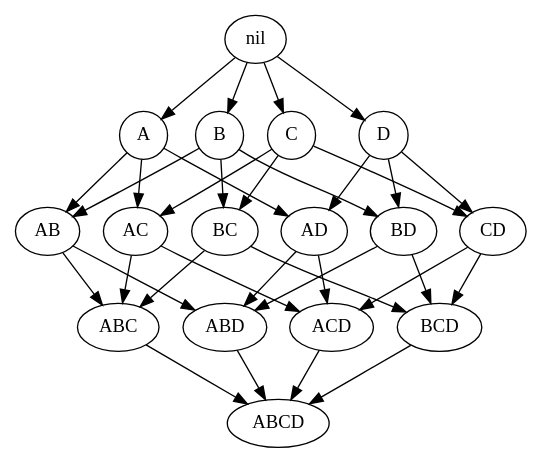
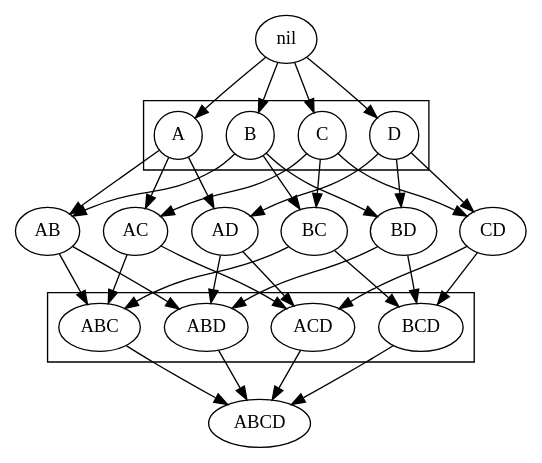
The diagram in documentation/phdthesis/gfx/example_conjunctive_version_space.dot (bunuelo/funk2), drawn with Graphviz before and after one commit. The commit also changed 10 other files, not shown here.

```diff
--- a/documentation/phdthesis/gfx/example_conjunctive_version_space.dot
+++ b/documentation/phdthesis/gfx/example_conjunctive_version_space.dot
@@ -1,56 +1,62 @@
 digraph G {
 
   node [fillcolor = white, color = "#000000", style = filled, width=0.5, height=0.5];
   edge [color = "#000000"];
         
   nil [texlbl = "\emph{True}"];
-  A [texlbl = "$A$"];
-  B [texlbl = "$B$"];
-  C [texlbl = "$C$"];
-  D [texlbl = "$D$"];
+  subgraph cluster_1 {
+    //label = "Specific Boundary Set";
+    A [texlbl = "$A$"];
+    B [texlbl = "$B$"];
+    C [texlbl = "$C$"];
+    D [texlbl = "$D$"];
+  }
   AB [texlbl = "$A \wedge B$"];
   AC [texlbl = "$A \wedge C$"];
   AD [texlbl = "$A \wedge D$"];
   BC [texlbl = "$B \wedge C$"];
   BD [texlbl = "$B \wedge D$"];
   CD [texlbl = "$C \wedge D$"];
-  ABC [texlbl = "$A \wedge B \wedge C$"];
-  ABD [texlbl = "$A \wedge B \wedge D$"];
-  ACD [texlbl = "$A \wedge C \wedge D$"];
-  BCD [texlbl = "$B \wedge C \wedge D$"];
+  subgraph cluster_2 {
+    //label = "General Boundary Set";
+    ABC [texlbl = "$A \wedge B \wedge C$"];
+    ABD [texlbl = "$A \wedge B \wedge D$"];
+    ACD [texlbl = "$A \wedge C \wedge D$"];
+    BCD [texlbl = "$B \wedge C \wedge D$"];
+  }
   ABCD [texlbl = "$A \wedge B \wedge C \wedge D$"];
   
   nil -> A [style="-triangle 45"];
   nil -> B [style="-triangle 45"];
   nil -> C [style="-triangle 45"];
   nil -> D [style="-triangle 45"];
   A -> AB [style="-triangle 45"];
   A -> AC [style="-triangle 45"];
   A -> AD [style="-triangle 45"];
   B -> AB [style="-triangle 45"];
   B -> BC [style="-triangle 45"];
   B -> BD [style="-triangle 45"];
   C -> AC [style="-triangle 45"];
   C -> BC [style="-triangle 45"];
   C -> CD [style="-triangle 45"];
   D -> AD [style="-triangle 45"];
   D -> BD [style="-triangle 45"];
   D -> CD [style="-triangle 45"];
   AB -> ABC [style="-triangle 45"];
   AB -> ABD [style="-triangle 45"];
   AC -> ABC [style="-triangle 45"];
   AC -> ACD [style="-triangle 45"];
   AD -> ABD [style="-triangle 45"];
   AD -> ACD [style="-triangle 45"];
   BC -> ABC [style="-triangle 45"];
   BC -> BCD [style="-triangle 45"];
   BD -> ABD [style="-triangle 45"];
   BD -> BCD [style="-triangle 45"];
   CD -> ACD [style="-triangle 45"];
   CD -> BCD [style="-triangle 45"];
   ABC -> ABCD [style="-triangle 45"];
   ABD -> ABCD [style="-triangle 45"];
   ACD -> ABCD [style="-triangle 45"];
   BCD -> ABCD [style="-triangle 45"];
 
 }
```
